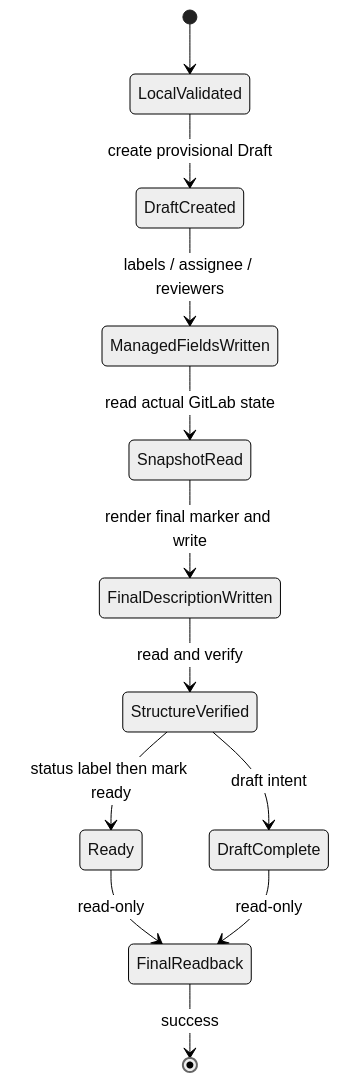
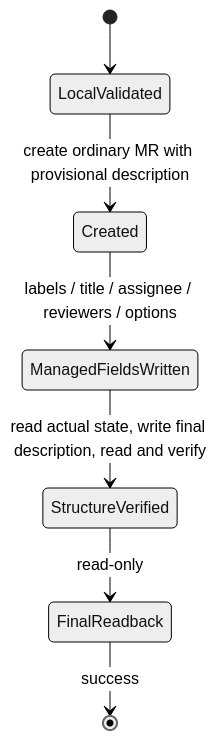
One commit to chengcheng93/harness-mrtool changed the second of 2 diagrams in docs/architecture/harness-mrtool-architecture.md. Above: the diagram before and after it, drawn with Mermaid (neutral theme). The commit also changed other lines of this file and 85 other files, not shown here.

````diff
--- a/docs/architecture/harness-mrtool-architecture.md
+++ b/docs/architecture/harness-mrtool-architecture.md
@@ -172,14 +172,9 @@
 ```mermaid
 stateDiagram-v2
     [*] --> LocalValidated
-    LocalValidated --> DraftCreated: create provisional Draft
-    DraftCreated --> ManagedFieldsWritten: labels / assignee / reviewers
-    ManagedFieldsWritten --> SnapshotRead: read actual GitLab state
-    SnapshotRead --> FinalDescriptionWritten: render final marker and write
-    FinalDescriptionWritten --> StructureVerified: read and verify
-    StructureVerified --> Ready: status label then mark ready
-    StructureVerified --> DraftComplete: draft intent
-    Ready --> FinalReadback: read-only
-    DraftComplete --> FinalReadback: read-only
+    LocalValidated --> Created: create ordinary MR with provisional description
+    Created --> ManagedFieldsWritten: labels / title / assignee / reviewers / options
+    ManagedFieldsWritten --> StructureVerified: read actual state, write final description, read and verify
+    StructureVerified --> FinalReadback: read-only
     FinalReadback --> [*]: success
 ```
````
